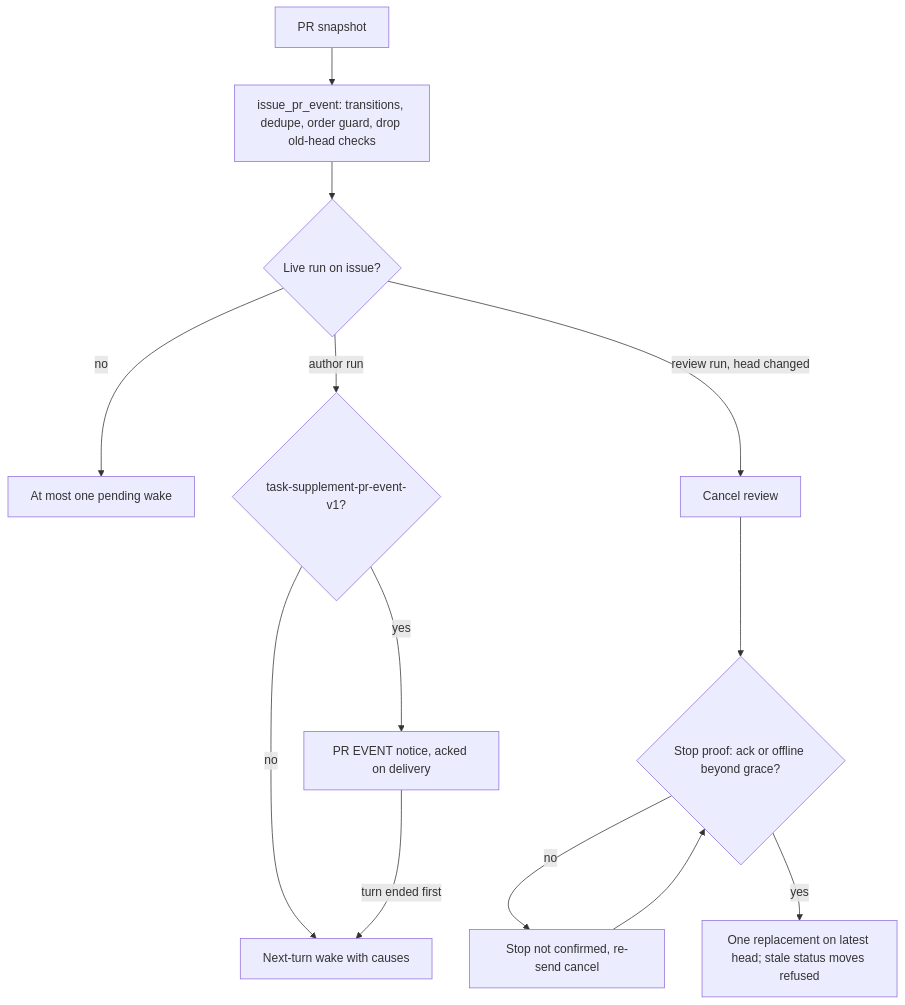
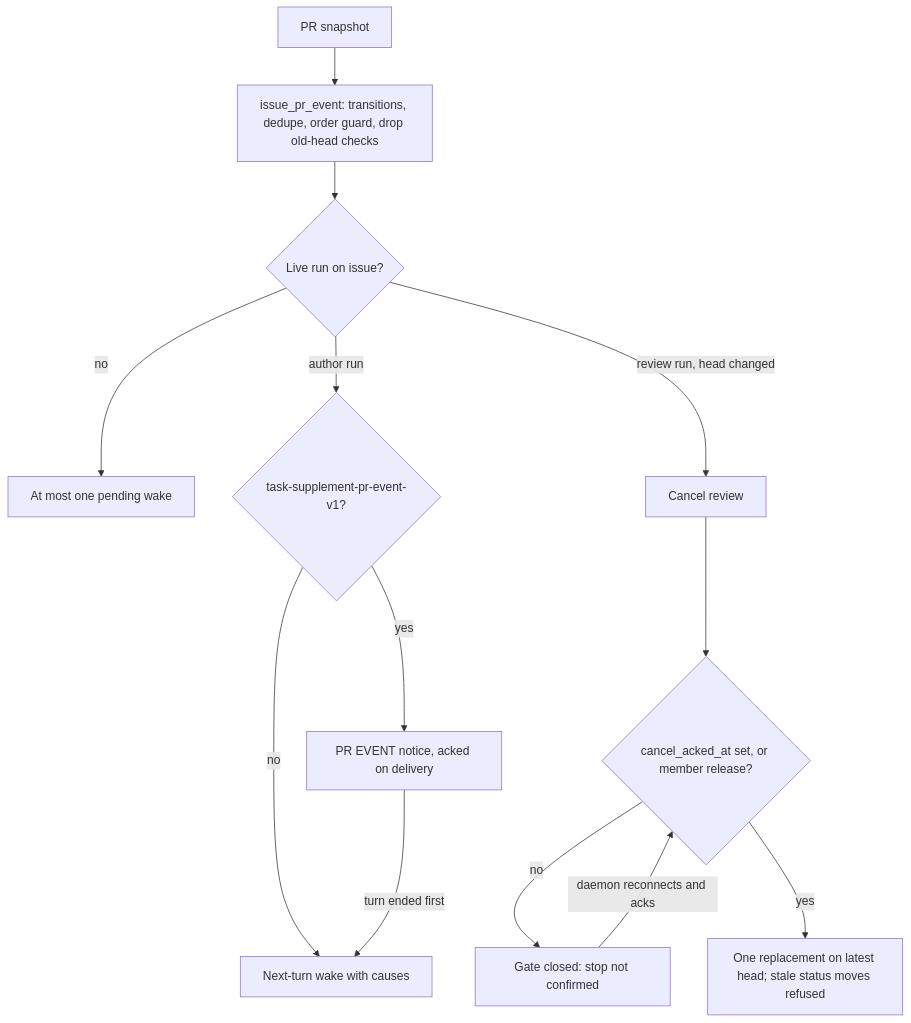
Before and after one commit to cheese-work/multica: the diagram in docs/plans/CHE-2298-pr-events-live-run.md, drawn with Mermaid. The commit also changed other lines of this file, not shown here.

````diff
--- a/docs/plans/CHE-2298-pr-events-live-run.md
+++ b/docs/plans/CHE-2298-pr-events-live-run.md
@@ -67,15 +67,15 @@
 ```mermaid
 flowchart TD
   E[PR snapshot] --> P[issue_pr_event: transitions, dedupe, order guard, drop old-head checks]
   P --> L{Live run on issue?}
   L -- no --> W[At most one pending wake]
   L -- author run --> C{task-supplement-pr-event-v1?}
   C -- yes --> S[PR EVENT notice, acked on delivery]
   C -- no --> N[Next-turn wake with causes]
   S -- turn ended first --> N
   L -- review run, head changed --> X[Cancel review]
-  X --> G{Stop proof: ack or offline beyond grace?}
-  G -- no --> H[Stop not confirmed, re-send cancel]
-  H --> G
+  X --> G{cancel_acked_at set, or member release?}
+  G -- no --> H[Gate closed: stop not confirmed]
+  H -- daemon reconnects and acks --> G
   G -- yes --> R[One replacement on latest head; stale status moves refused]
 ```
````
